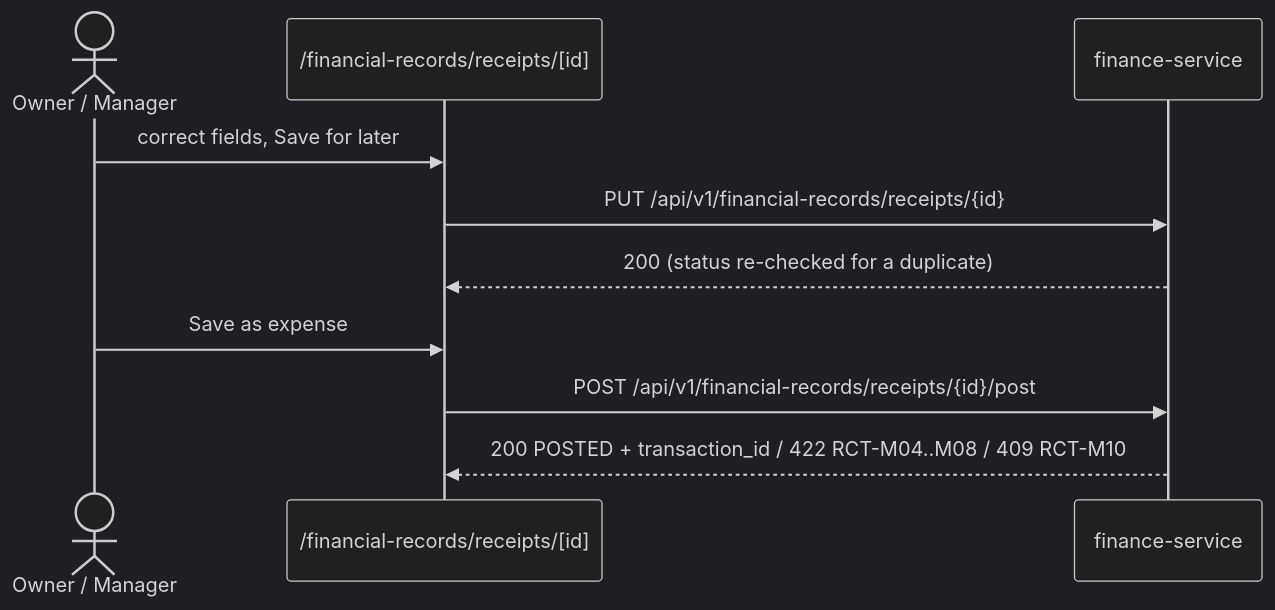
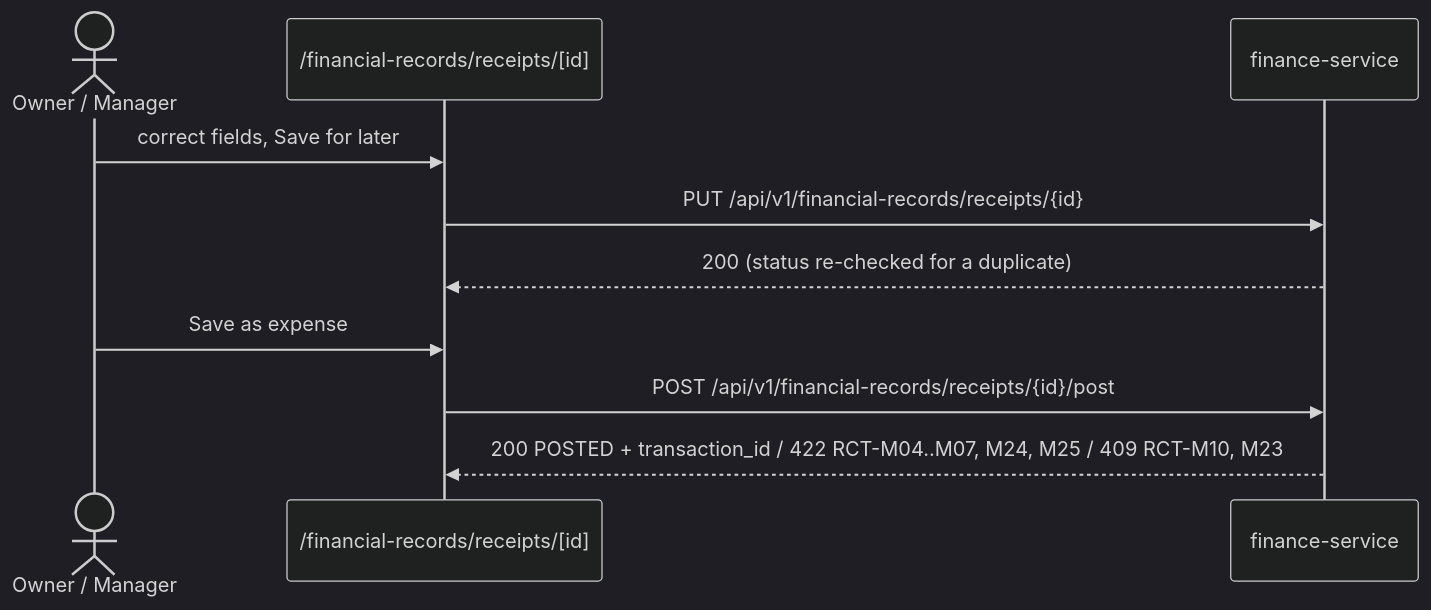
The second of 2 diagrams in specs/receipts/spec.md (GorosXD/camfinsight-docs), drawn with Mermaid (dark theme) before and after one commit. The commit also changed other lines of this file and 7 other files, not shown here.

````diff
--- a/specs/receipts/spec.md
+++ b/specs/receipts/spec.md
@@ -96,12 +118,12 @@
 ```mermaid
 sequenceDiagram
     actor U as Owner / Manager
     participant UI as /financial-records/receipts/[id]
     participant API as finance-service
     U->>UI: correct fields, Save for later
     UI->>API: PUT /api/v1/financial-records/receipts/{id}
     API-->>UI: 200 (status re-checked for a duplicate)
     U->>UI: Save as expense
     UI->>API: POST /api/v1/financial-records/receipts/{id}/post
-    API-->>UI: 200 POSTED + transaction_id / 422 RCT-M04..M08 / 409 RCT-M10
+    API-->>UI: 200 POSTED + transaction_id / 422 RCT-M04..M07, M24, M25 / 409 RCT-M10, M23
 ```
````
